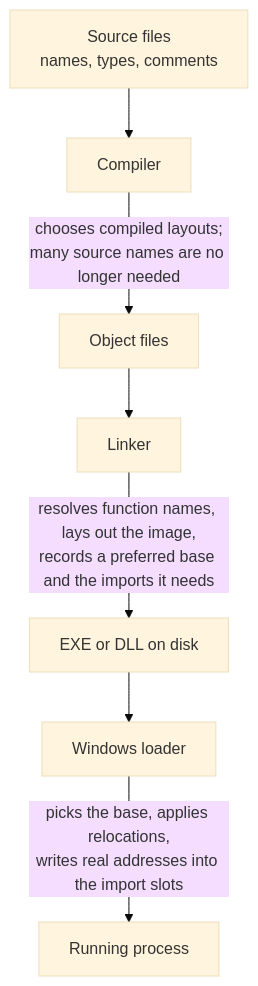
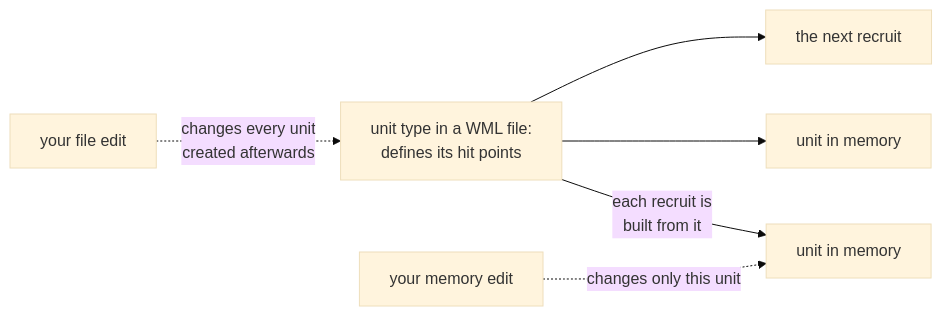
One commit to MustCodeAl/rust-game-hacking-book changed the second of 2 diagrams in site/src/content/docs/pages/1/10.mdx. Above: the diagram before and after it, drawn with Mermaid (base theme). The commit also changed other lines of this file and 121 other files, not shown here.

````diff
--- a/site/src/content/docs/pages/1/10.mdx
+++ b/site/src/content/docs/pages/1/10.mdx
@@ -109,9 +112,8 @@
 ```mermaid
-flowchart TD
-    A["Source files<br/>names, types, comments"] --> B["Compiler"]
-    B -->|"chooses compiled layouts;<br/>many source names are no longer needed"| C["Object files"]
-    C --> D["Linker"]
-    D -->|"resolves function names, lays out the image,<br/>records a preferred base and the imports it needs"| E["EXE or DLL on disk"]
-    E --> F["Windows loader"]
-    F -->|"picks the base, applies relocations,<br/>writes real addresses into the import slots"| G["Running process"]
+flowchart LR
+    W["your file edit"] -.->|"changes every unit<br/>created afterwards"| D
+    D["unit type in a WML file:<br/>defines its hit points"] -->|"each recruit is<br/>built from it"| U1["unit in memory"]
+    D --> U2["unit in memory"]
+    D --> U3["the next recruit"]
+    M["your memory edit"] -.->|"changes only this unit"| U1
 ```
````
